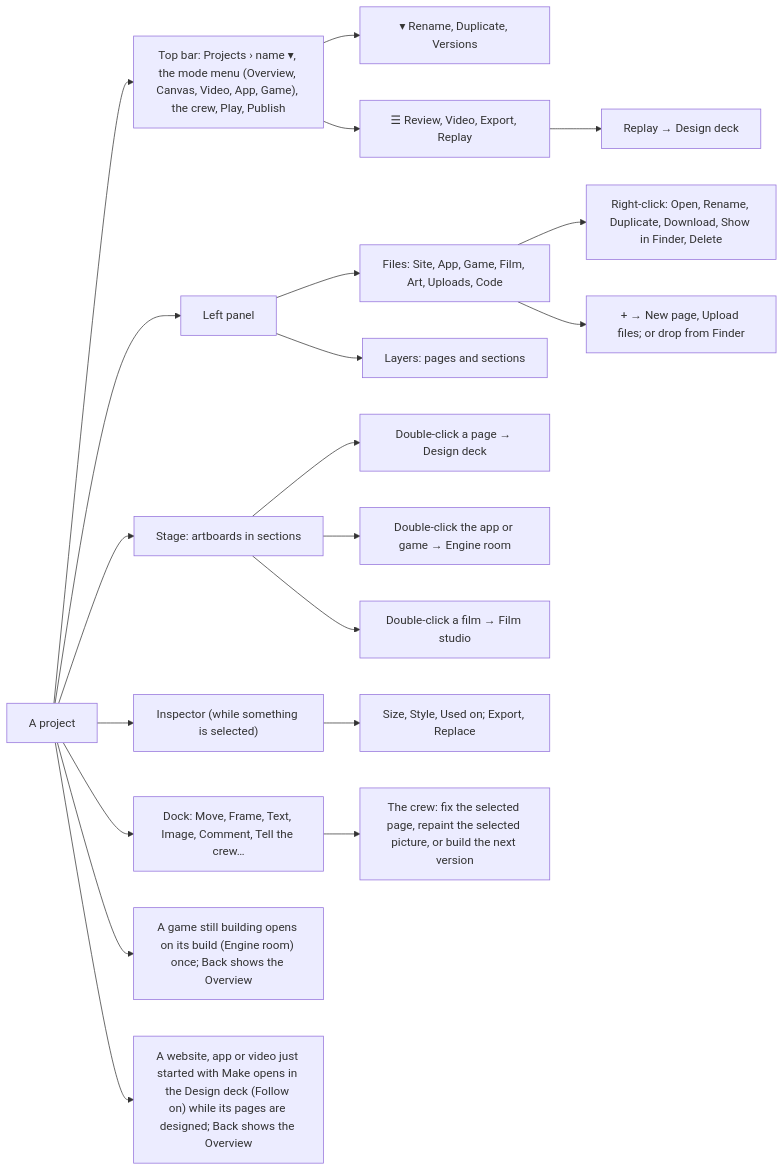
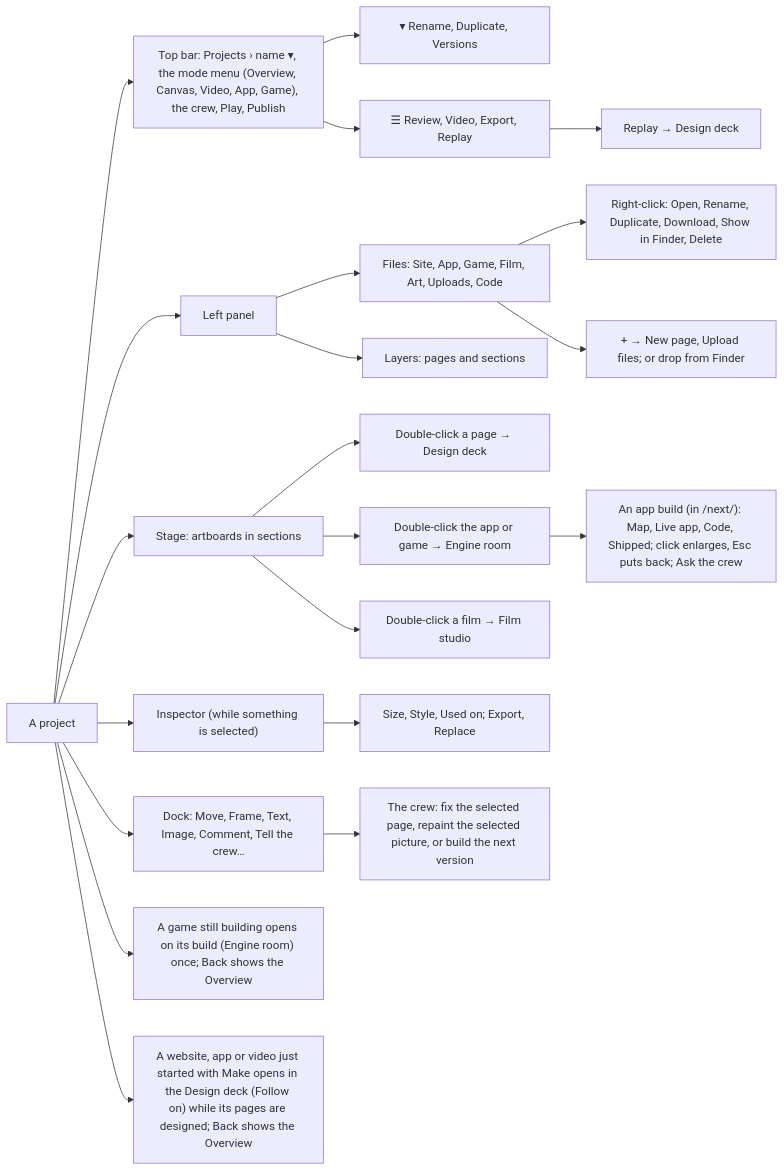
One commit to Pukujan/swarm-studio changed the tenth of 27 diagrams in docs/ux/SITEMAP.md. Above: the diagram before and after it, drawn with Mermaid. The commit also changed 6 other files, not shown here.

First line of the commit message:
App build wall: its tests, check and disclosure (spec 44)

````diff
--- a/docs/ux/SITEMAP.md
+++ b/docs/ux/SITEMAP.md
@@ -317,22 +317,23 @@
 ```mermaid
 flowchart LR
   PJ["A project"] --> TOP["Top bar: Projects › name ▾, the mode menu (Overview, Canvas, Video, App, Game), the crew, Play, Publish"]
   PJ --> LEFT["Left panel"]
   PJ --> STG["Stage: artboards in sections"]
   PJ --> INS["Inspector (while something is selected)"]
   PJ --> DOCK["Dock: Move, Frame, Text, Image, Comment, Tell the crew…"]
   TOP --> VER["▾ Rename, Duplicate, Versions"]
   TOP --> MORE["☰ Review, Video, Export, Replay"]
   MORE --> RPD["Replay → Design deck"]
   LEFT --> FIL["Files: Site, App, Game, Film, Art, Uploads, Code"]
   LEFT --> LAY["Layers: pages and sections"]
   FIL --> FM["Right-click: Open, Rename, Duplicate, Download, Show in Finder, Delete"]
   FIL --> UP["+ → New page, Upload files; or drop from Finder"]
   STG --> DD["Double-click a page → Design deck"]
   STG --> ER["Double-click the app or game → Engine room"]
+  ER --> AW["An app build (in /next/): Map, Live app, Code, Shipped; click enlarges, Esc puts back; Ask the crew"]
   PJ --> GB["A game still building opens on its build (Engine room) once; Back shows the Overview"]
   PJ --> WB["A website, app or video just started with Make opens in the Design deck (Follow on) while its pages are designed; Back shows the Overview"]
   STG --> FS["Double-click a film → Film studio"]
   INS --> EXP["Size, Style, Used on; Export, Replace"]
   DOCK --> CREW["The crew: fix the selected page, repaint the selected picture, or build the next version"]
 ```
````
